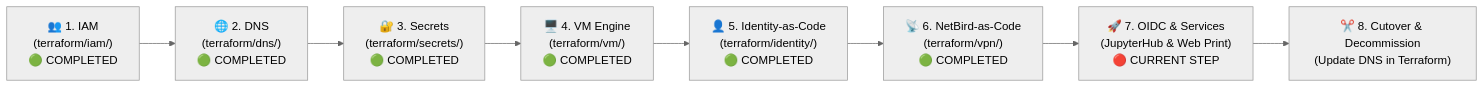
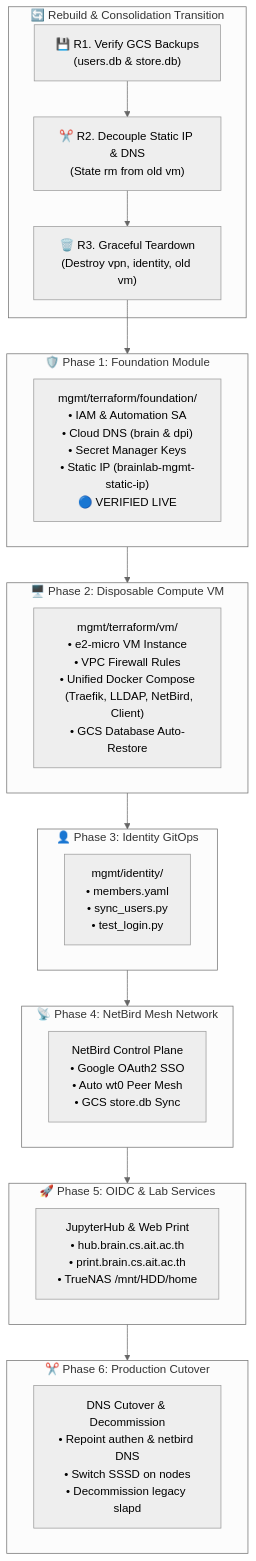
One commit to AIT-brainlab/brainlab-base changed the diagram in mgmt/checklist.md. Above: the diagram before and after it, drawn with Mermaid (neutral theme). The commit also changed other lines of this file and 60 other files, not shown here.

First line of the commit message:
feat(mgmt): streamline control plane architecture and implement identity gitops

````diff
--- a/mgmt/checklist.md
+++ b/mgmt/checklist.md
@@ -19,4 +33,40 @@
 ```mermaid
-flowchart LR
-    Step1["👥 1. IAM<br/>(terraform/iam/)<br/>🟢 COMPLETED"] --> Step2["🌐 2. DNS<br/>(terraform/dns/)<br/>🟢 COMPLETED"] --> Step3["🔐 3. Secrets<br/>(terraform/secrets/)<br/>🟢 COMPLETED"] --> Step4["🖥️ 4. VM Engine<br/>(terraform/vm/)<br/>🟢 COMPLETED"] --> Step5["👤 5. Identity-as-Code<br/>(terraform/identity/)<br/>🟢 COMPLETED"] --> Step6["📡 6. NetBird-as-Code<br/>(terraform/vpn/)<br/>🟢 COMPLETED"] --> Step7["🚀 7. OIDC & Services<br/>(JupyterHub & Web Print)<br/>🔴 CURRENT STEP"] --> Step8["✂️ 8. Cutover & Decommission<br/>(Update DNS in Terraform)"]
+flowchart TD
+    subgraph REBUILD ["🔄 Rebuild & Consolidation Transition"]
+        R1["💾 R1. Verify GCS Backups<br/>(users.db & store.db)"]
+        R2["✂️ R2. Decouple Static IP & DNS<br/>(State rm from old vm)"]
+        R3["🗑️ R3. Graceful Teardown<br/>(Destroy vpn, identity, old vm)"]
+        R1 --> R2 --> R3
+    end
+
+    subgraph PHASE1 ["🛡️ Phase 1: Foundation Module"]
+        P1["mgmt/terraform/foundation/<br/>• IAM & Automation SA<br/>• Cloud DNS (brain & dpi)<br/>• Secret Manager Keys<br/>• Static IP (brainlab-mgmt-static-ip)<br/>🔵 VERIFIED LIVE"]
+    end
+
+    subgraph PHASE2 ["🖥️ Phase 2: Disposable Compute VM"]
+        P2["mgmt/terraform/vm/<br/>• e2-micro VM Instance<br/>• VPC Firewall Rules<br/>• Unified Docker Compose<br/>  (Traefik, LLDAP, NetBird, Client)<br/>• GCS Database Auto-Restore"]
+    end
+
+    subgraph PHASE3 ["👤 Phase 3: Identity GitOps"]
+        P3["mgmt/identity/<br/>• members.yaml<br/>• sync_users.py<br/>• test_login.py"]
+    end
+
+    subgraph PHASE4 ["📡 Phase 4: NetBird Mesh Network"]
+        P4["NetBird Control Plane<br/>• Google OAuth2 SSO<br/>• Auto wt0 Peer Mesh<br/>• GCS store.db Sync"]
+    end
+
+    subgraph PHASE5 ["🚀 Phase 5: OIDC & Lab Services"]
+        P5["JupyterHub & Web Print<br/>• hub.brain.cs.ait.ac.th<br/>• print.brain.cs.ait.ac.th<br/>• TrueNAS /mnt/HDD/home"]
+    end
+
+    subgraph PHASE6 ["✂️ Phase 6: Production Cutover"]
+        P6["DNS Cutover & Decommission<br/>• Repoint authen & netbird DNS<br/>• Switch SSSD on nodes<br/>• Decommission legacy slapd"]
+    end
+
+    R3 --> PHASE1
+    PHASE1 --> PHASE2
+    PHASE2 --> PHASE3
+    PHASE3 --> PHASE4
+    PHASE4 --> PHASE5
+    PHASE5 --> PHASE6
 ```
````
